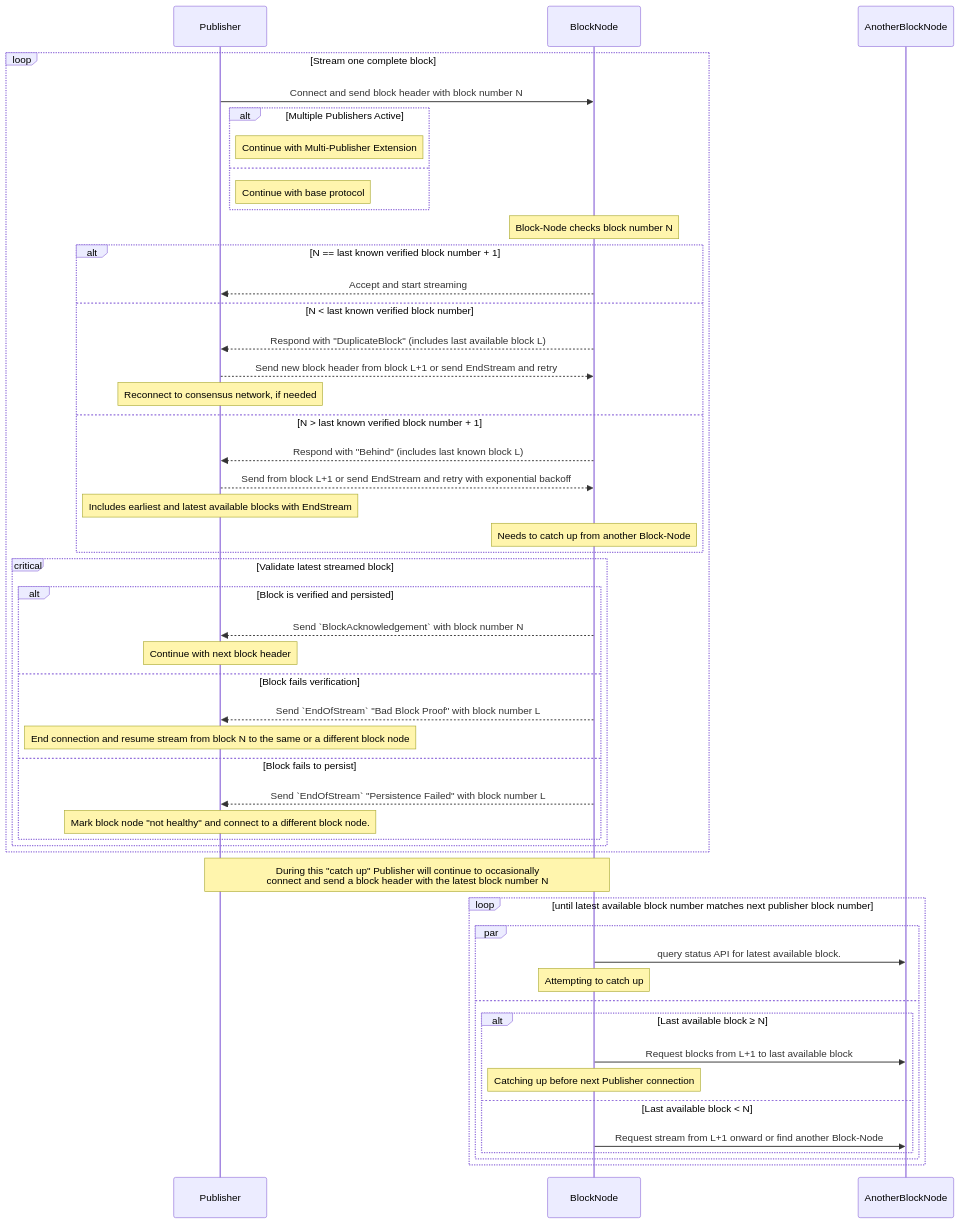
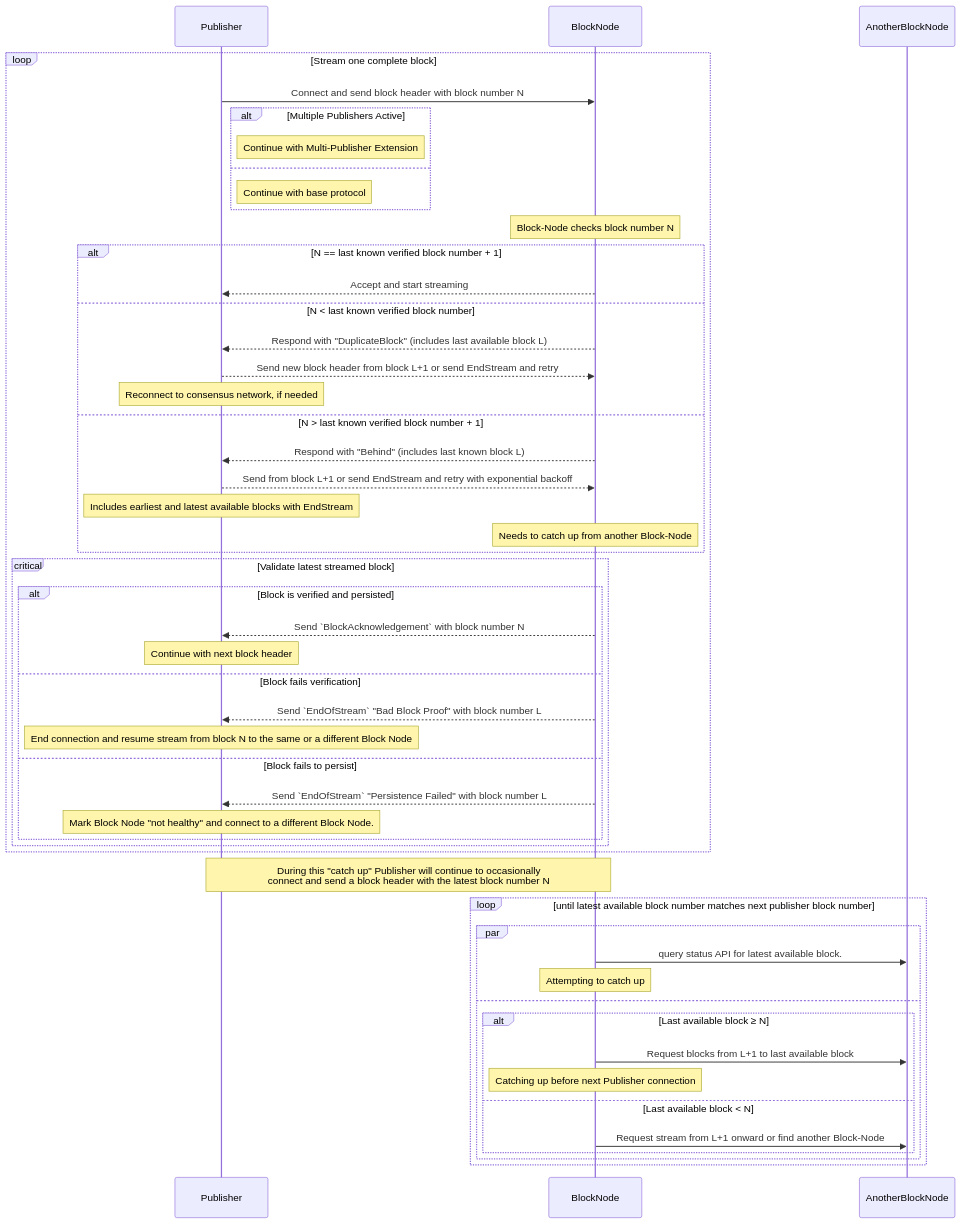
One commit to hiero-ledger/hiero-improvement-proposals changed the second of 3 diagrams in HIP/hip-1081.md. Above: the diagram before and after it, drawn with Mermaid. The commit also changed other lines of this file, not shown here.

````diff
--- a/HIP/hip-1081.md
+++ b/HIP/hip-1081.md
@@ -662,55 +660,55 @@
 ```mermaid
 sequenceDiagram
   participant Publisher
   participant BlockNode
   participant AnotherBlockNode
 
   loop Stream one complete block
     Publisher->>BlockNode: Connect and send block header with block number N
     alt Multiple Publishers Active
       Note right of Publisher: Continue with Multi-Publisher Extension
     else
       Note right of Publisher: Continue with base protocol
     end
     Note over BlockNode: Block-Node checks block number N
     alt N == last known verified block number + 1
       BlockNode-->>Publisher: Accept and start streaming
     else N < last known verified block number
       BlockNode-->>Publisher: Respond with "DuplicateBlock" (includes last available block L)
       Publisher-->>BlockNode: Send new block header from block L+1 or send EndStream and retry
       Note over Publisher: Reconnect to consensus network, if needed
     else N > last known verified block number + 1
       BlockNode-->>Publisher: Respond with "Behind" (includes last known block L)
       Publisher-->>BlockNode: Send from block L+1 or send EndStream and retry with exponential backoff
       Note over Publisher: Includes earliest and latest available blocks with EndStream
       Note over BlockNode: Needs to catch up from another Block-Node
     end
     critical Validate latest streamed block
       alt Block is verified and persisted
         BlockNode-->>Publisher: Send `BlockAcknowledgement` with block number N
         Note over Publisher: Continue with next block header
       else Block fails verification
         BlockNode-->>Publisher: Send `EndOfStream` "Bad Block Proof" with block number L
-        Note over Publisher: End connection and resume stream from block N to the same or a different block node
+        Note over Publisher: End connection and resume stream from block N to the same or a different Block Node
       else Block fails to persist
         BlockNode-->>Publisher: Send `EndOfStream` "Persistence Failed" with block number L
-        Note over Publisher: Mark block node "not healthy" and connect to a different block node.
+        Note over Publisher: Mark Block Node "not healthy" and connect to a different Block Node.
       end
     end
   end
 
   Note over Publisher,BlockNode: During this "catch up" Publisher will continue to occasionally<br/>connect and send a block header with the latest block number N
   loop until latest available block number matches next publisher block number
     par
       BlockNode->>AnotherBlockNode: query status API for latest available block.
       Note over BlockNode: Attempting to catch up
     and
       alt Last available block ≥ N
         BlockNode->>AnotherBlockNode: Request blocks from L+1 to last available block
         Note over BlockNode: Catching up before next Publisher connection
       else Last available block < N
         BlockNode->>AnotherBlockNode: Request stream from L+1 onward or find another Block-Node
       end
     end
   end
 ```
````
